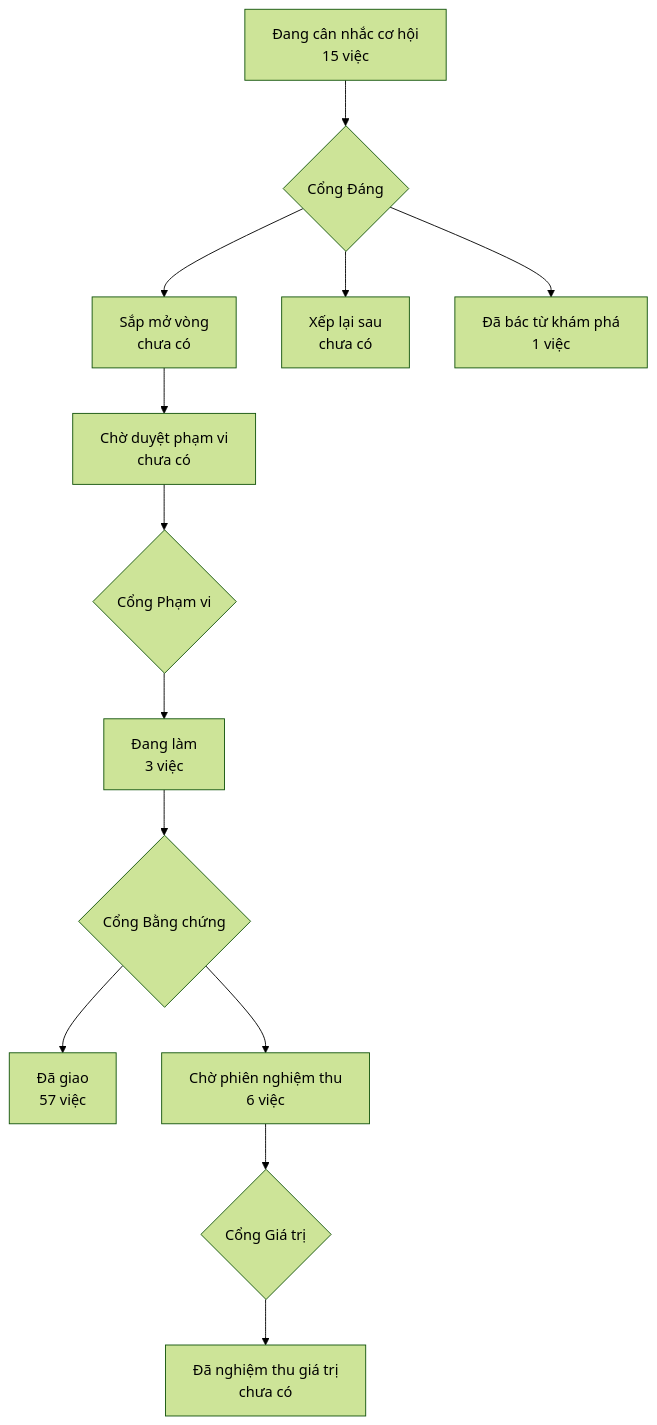
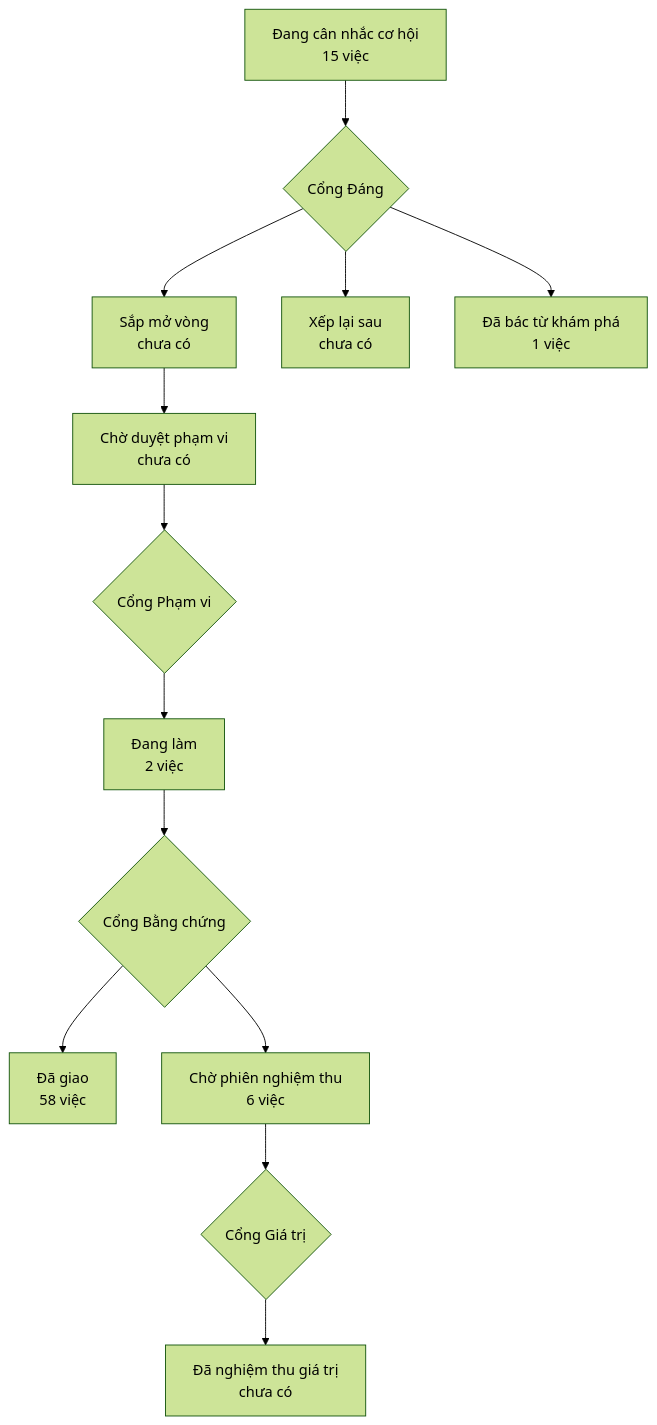
Before and after one commit to phanlemanh/acceptance-gate-kit: the diagram in PRODUCT-MAP.md, drawn with Mermaid (forest theme). The commit also changed 3 other files, not shown here.

Commit message:
gate2(thuoc-nhan-de-khoi): ký Cổng Bằng chứng — Manh Phan 2026-08-27

````diff
--- a/PRODUCT-MAP.md
+++ b/PRODUCT-MAP.md
@@ -6,12 +6,12 @@
 ```mermaid
 flowchart TD
   A["Đang cân nhắc cơ hội<br/>15 việc"] --> GD{"Cổng Đáng"}
   GD --> B["Sắp mở vòng<br/>chưa có"]
   GD --> XL["Xếp lại sau<br/>chưa có"]
   GD --> DB["Đã bác từ khám phá<br/>1 việc"]
   B --> CD["Chờ duyệt phạm vi<br/>chưa có"] --> GP{"Cổng Phạm vi"}
-  GP --> DL["Đang làm<br/>3 việc"] --> GB{"Cổng Bằng chứng"}
-  GB --> DG["Đã giao<br/>57 việc"]
+  GP --> DL["Đang làm<br/>2 việc"] --> GB{"Cổng Bằng chứng"}
+  GB --> DG["Đã giao<br/>58 việc"]
   GB --> CN["Chờ phiên nghiệm thu<br/>6 việc"] --> GG{"Cổng Giá trị"}
   GG --> NT["Đã nghiệm thu giá trị<br/>chưa có"]
 ```
````
